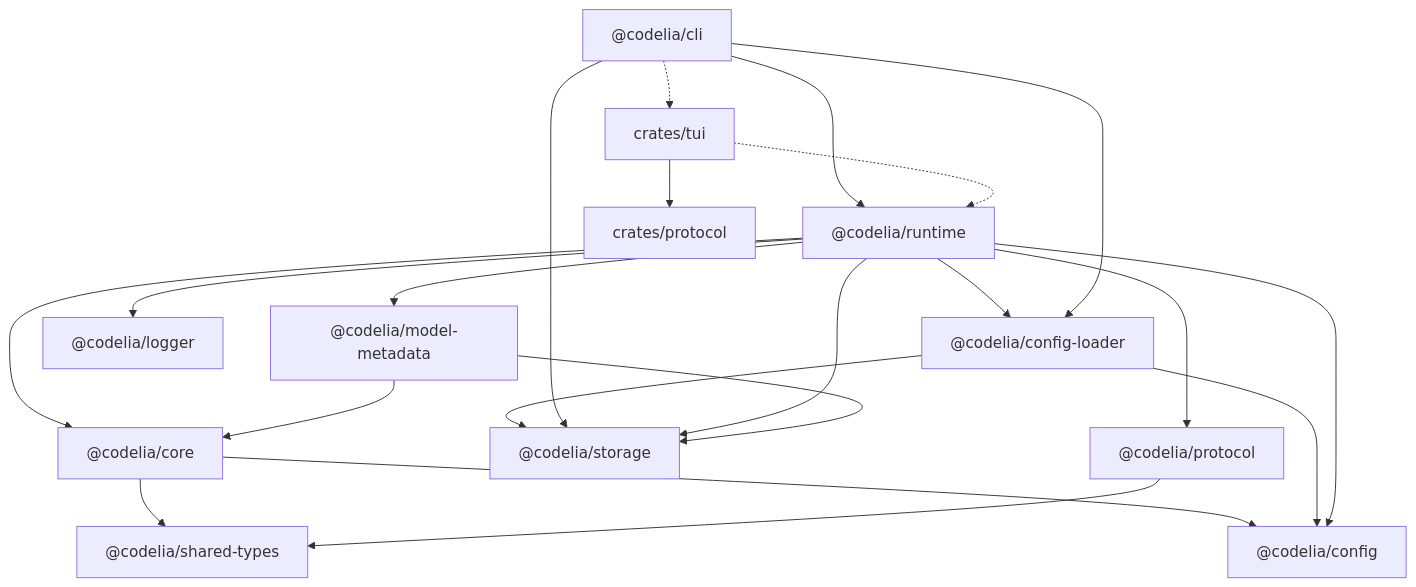
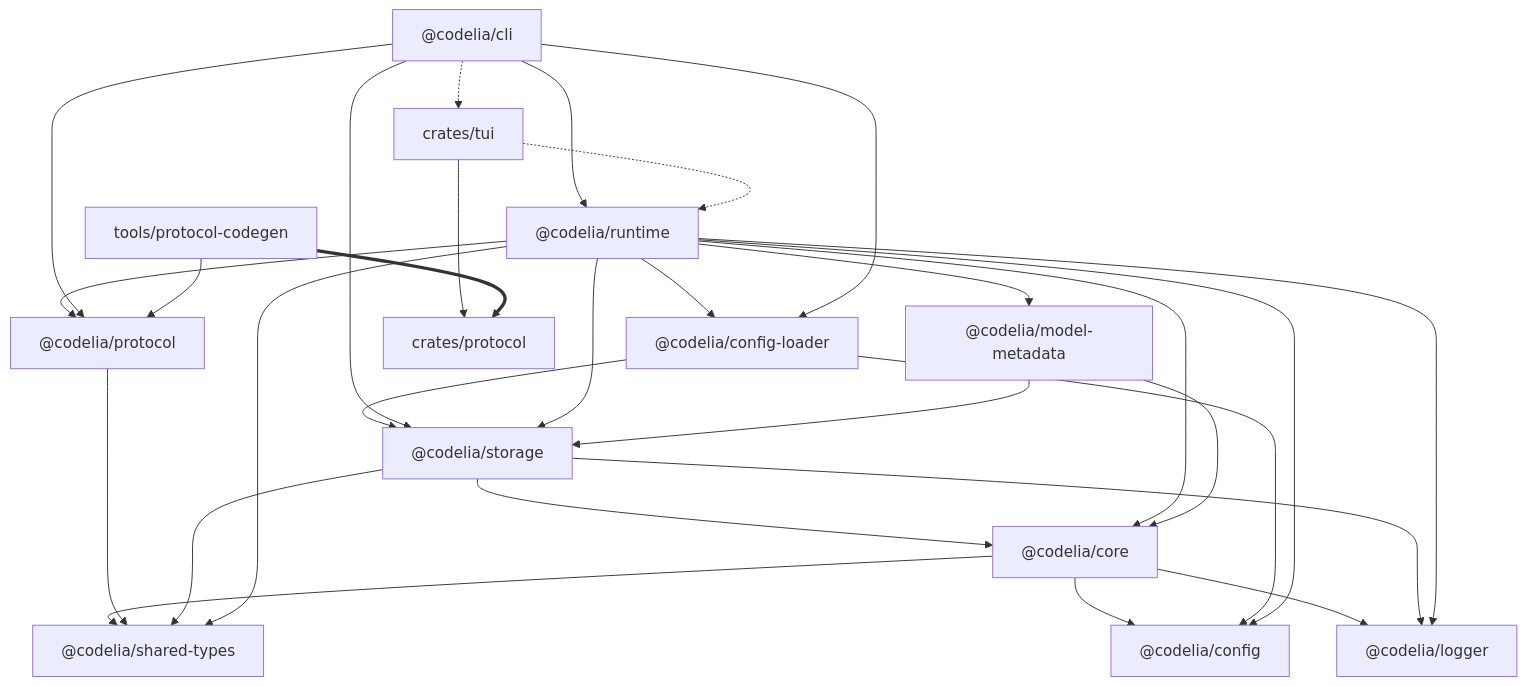
Before and after one commit to kousw/codelia: the diagram in dev-docs/reference-architecture.md, drawn with Mermaid. The commit also changed other lines of this file, not shown here.

Commit message:
docs(architecture): update reference-architecture diagram and package notes

````diff
--- a/dev-docs/reference-architecture.md
+++ b/dev-docs/reference-architecture.md
@@ -84,36 +98,45 @@
 ```mermaid
 graph TD
   core["@codelia/core"]
   shared["@codelia/shared-types"]
   storage["@codelia/storage"]
   protocol["@codelia/protocol"]
   config["@codelia/config"]
   configloader["@codelia/config-loader"]
   runtime["@codelia/runtime"]
   logger["@codelia/logger"]
   cli["@codelia/cli"]
   modelmeta["@codelia/model-metadata"]
   tui["crates/tui"]
   rust_protocol["crates/protocol"]
+  codegen["tools/protocol-codegen"]
 
   core --> shared
   core --> config
+  core --> logger
   protocol --> shared
   configloader --> config
   configloader --> storage
+  storage --> core
+  storage --> shared
+  storage --> logger
   runtime --> core
   runtime --> logger
   runtime --> protocol
+  runtime --> shared
   runtime --> config
   runtime --> configloader
   cli --> runtime
   cli --> configloader
   cli --> storage
+  cli --> protocol
   cli -.-> tui
   runtime --> modelmeta
   runtime --> storage
   modelmeta --> core
   modelmeta --> storage
   tui --> rust_protocol
   tui -.-> runtime
+  codegen --> protocol
+  codegen ==> rust_protocol
 ```
````
